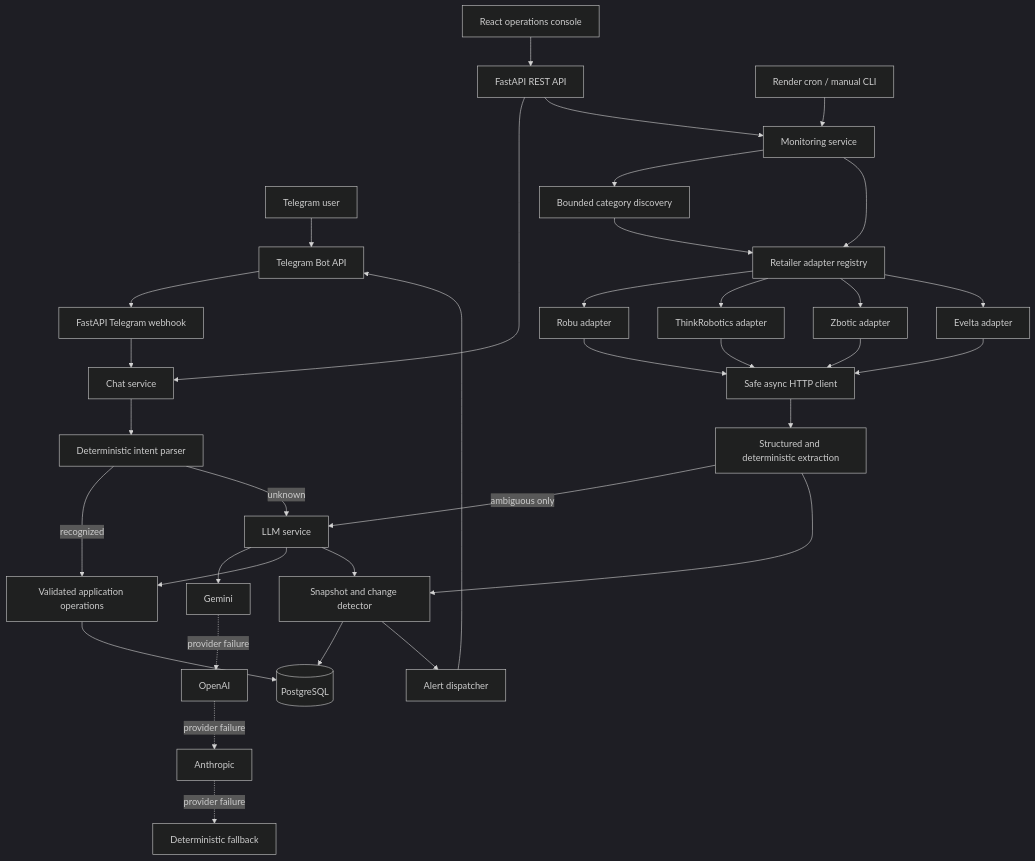
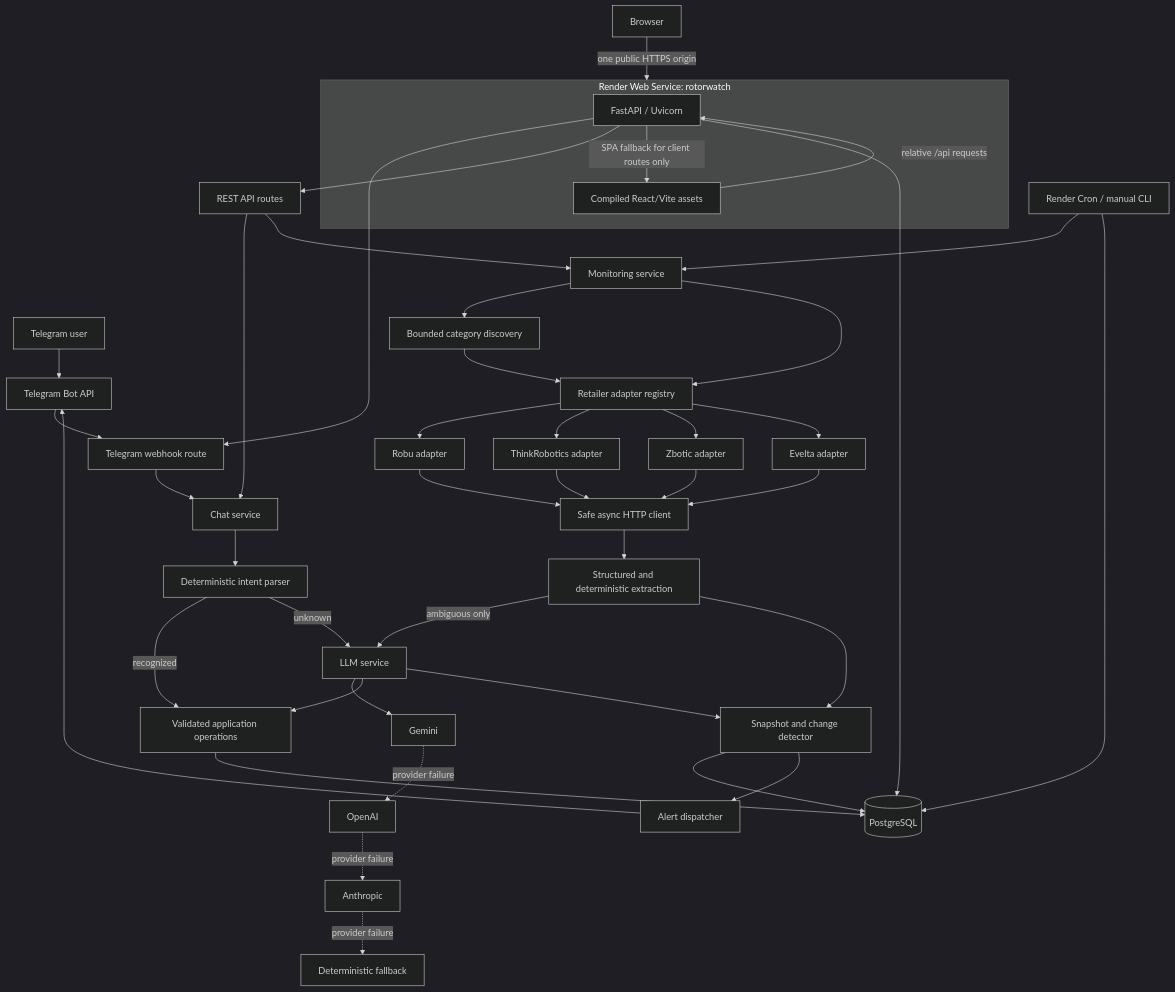
Before and after one commit to Ansh701/insideFPV: the diagram in README.md, drawn with Mermaid (dark theme). The commit also changed other lines of this file and 17 other files, not shown here.

Commit message:
chore: deploy frontend and backend as one Render service

````diff
--- a/README.md
+++ b/README.md
@@ -32,39 +32,49 @@
 ```mermaid
 flowchart TD
     U[Telegram user] --> TG[Telegram Bot API]
-    TG --> WH[FastAPI Telegram webhook]
-    WEB[React operations console] --> REST[FastAPI REST API]
-    CRON[Render cron / manual CLI] --> MON[Monitoring service]
+    B[Browser] -->|one public HTTPS origin| WEB
+    subgraph WEB[Render Web Service: rotorwatch]
+        API[FastAPI / Uvicorn]
+        UI[Compiled React/Vite assets]
+        UI -->|relative /api requests| API
+    end
+    API --> WH[Telegram webhook route]
+    API --> REST[REST API routes]
+    API -->|SPA fallback for client routes only| UI
+    TG --> WH
+    CRON[Render Cron / manual CLI] --> MON[Monitoring service]
     REST --> CHAT[Chat service]
     REST --> MON
     WH --> CHAT
 
     CHAT --> DETCMD[Deterministic intent parser]
     DETCMD -->|recognized| OPS[Validated application operations]
     DETCMD -->|unknown| LLM[LLM service]
     LLM --> GEM[Gemini]
     GEM -. provider failure .-> OA[OpenAI]
     OA -. provider failure .-> ANT[Anthropic]
     ANT -. provider failure .-> FALLBACK[Deterministic fallback]
     LLM --> OPS
 
     MON --> DISC[Bounded category discovery]
     MON --> REG[Retailer adapter registry]
     DISC --> REG
     REG --> ROBU[Robu adapter]
     REG --> THINK[ThinkRobotics adapter]
     REG --> ZB[Zbotic adapter]
     REG --> EV[Evelta adapter]
     ROBU --> FETCH[Safe async HTTP client]
     THINK --> FETCH
     ZB --> FETCH
     EV --> FETCH
     FETCH --> EXTRACT[Structured and deterministic extraction]
     EXTRACT -->|ambiguous only| LLM
     EXTRACT --> CHANGE[Snapshot and change detector]
     LLM --> CHANGE
     CHANGE --> DB[(PostgreSQL)]
     CHANGE --> ALERT[Alert dispatcher]
     ALERT --> TG
     OPS --> DB
+    API --> DB
+    CRON --> DB
 ```
````
